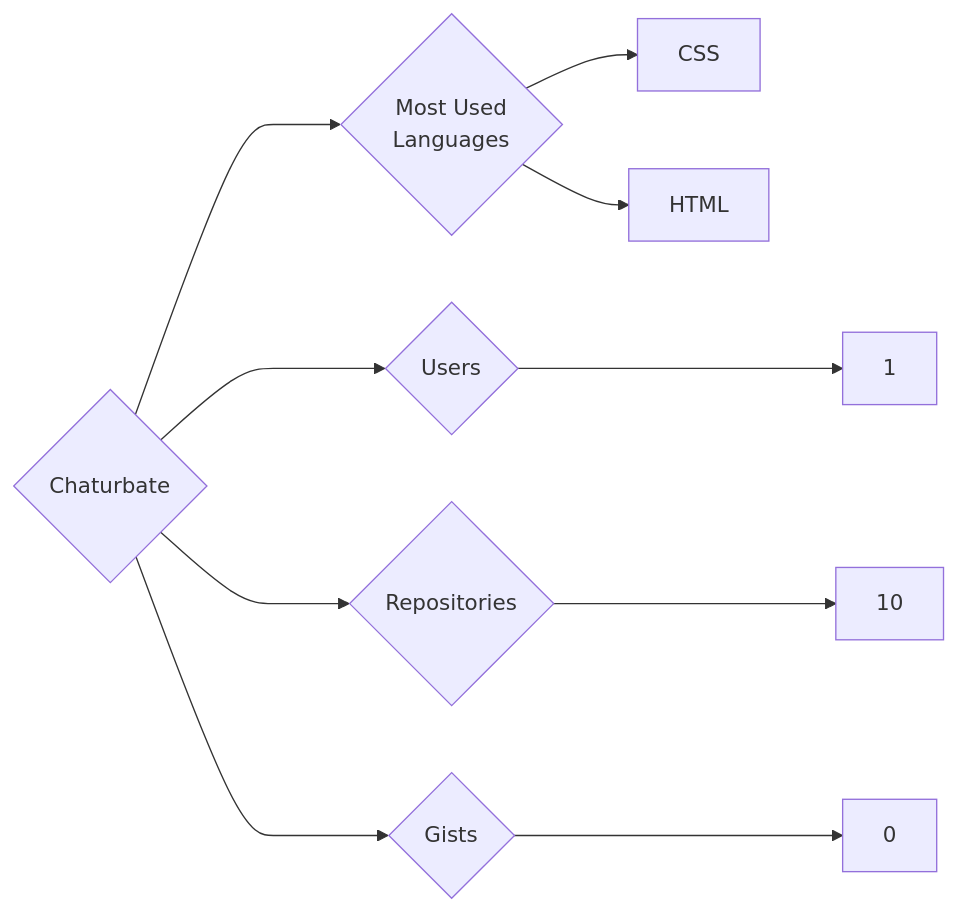
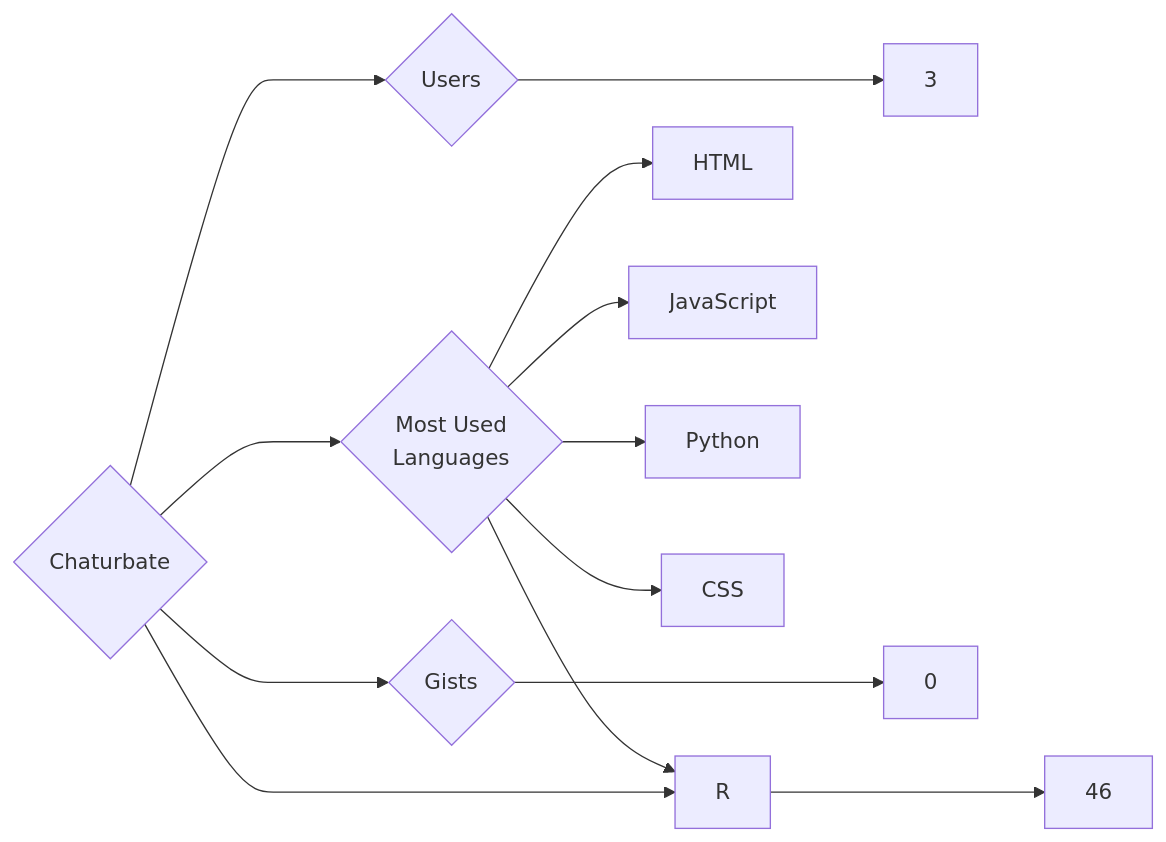
The diagram in targets/Chaturbate/README.md (trickest/insiders), drawn with Mermaid before and after one commit. The commit also changed 681 other files, not shown here.

````diff
--- a/targets/Chaturbate/README.md
+++ b/targets/Chaturbate/README.md
@@ -3,10 +3,13 @@
 ```mermaid
 graph LR
 COMPANY_NAME{Chaturbate}
-COMPANY_NAME ---> U{Users} ---> UN[1]
-COMPANY_NAME ---> R{Repositories} ---> RN[10]
+COMPANY_NAME ---> U{Users} ---> UN[3]
+COMPANY_NAME ---> R{Repositories} ---> RN[46]
 COMPANY_NAME ---> G{Gists} ---> GN[0]
 COMPANY_NAME ---> ML{Most Used<br>Languages}
+ML --> HTML[HTML]
+ML --> JavaScript[JavaScript]
+ML --> Python[Python]
 ML --> CSS[CSS]
-ML --> HTML[HTML]
+ML --> R[R]
 ```
````
